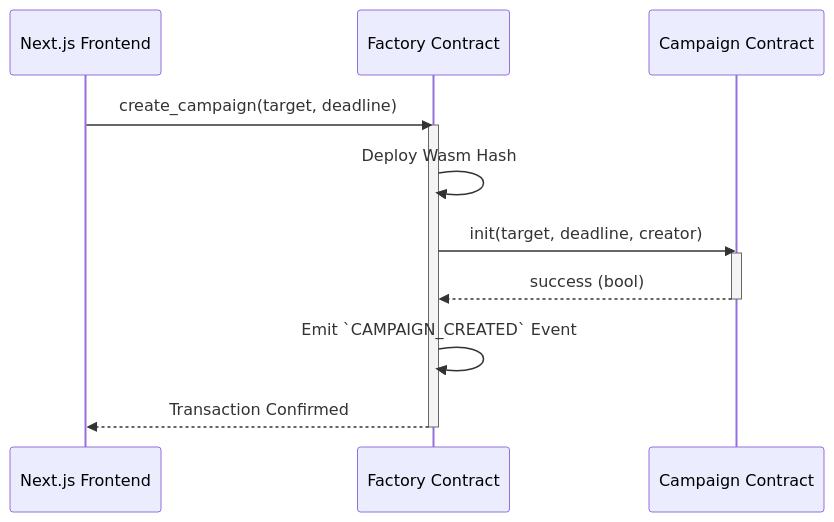
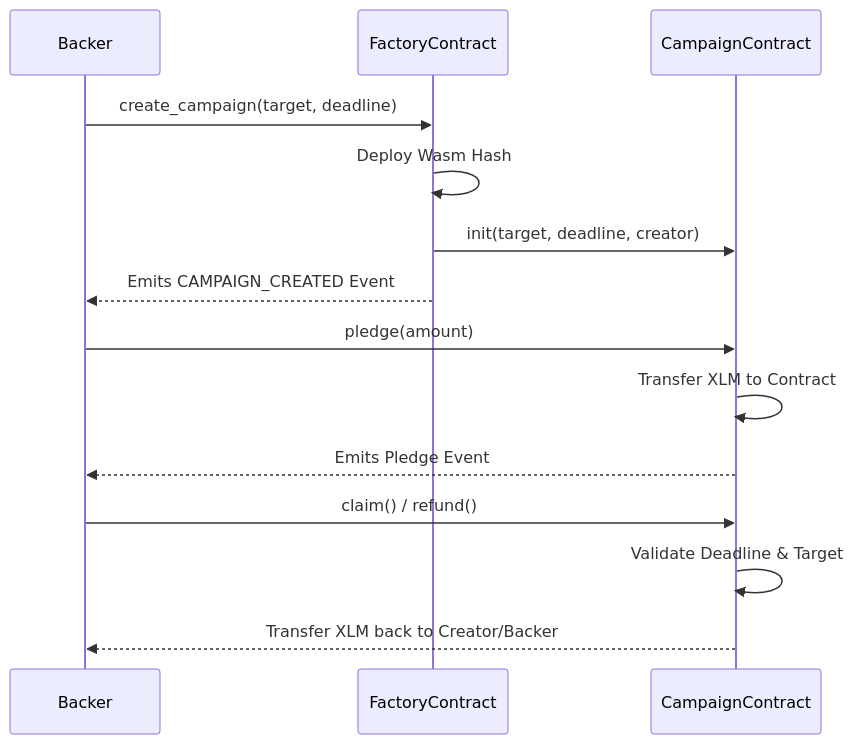
One commit to late-cat/NovaFund changed the second of 2 diagrams in README.md. Above: the diagram before and after it, drawn with Mermaid. The commit also changed other lines of this file, not shown here.

````diff
--- a/README.md
+++ b/README.md
@@ -113,17 +187,19 @@
 ```mermaid
 sequenceDiagram
-    participant UI as Next.js Frontend
-    participant Factory as Factory Contract
-    participant Campaign as Campaign Contract
+    participant Backer
+    participant FactoryContract
+    participant CampaignContract
     
-    UI->>Factory: create_campaign(target, deadline)
-    activate Factory
-    Factory->>Factory: Deploy Wasm Hash
-    Factory->>Campaign: init(target, deadline, creator)
-    activate Campaign
-    Campaign-->>Factory: success (bool)
-    deactivate Campaign
-    Factory->>Factory: Emit `CAMPAIGN_CREATED` Event
-    Factory-->>UI: Transaction Confirmed
-    deactivate Factory
+    Backer->>FactoryContract: create_campaign(target, deadline)
+    FactoryContract->>FactoryContract: Deploy Wasm Hash
+    FactoryContract->>CampaignContract: init(target, deadline, creator)
+    FactoryContract-->>Backer: Emits CAMPAIGN_CREATED Event
+    
+    Backer->>CampaignContract: pledge(amount)
+    CampaignContract->>CampaignContract: Transfer XLM to Contract
+    CampaignContract-->>Backer: Emits Pledge Event
+    
+    Backer->>CampaignContract: claim() / refund()
+    CampaignContract->>CampaignContract: Validate Deadline & Target
+    CampaignContract-->>Backer: Transfer XLM back to Creator/Backer
 ```
````
